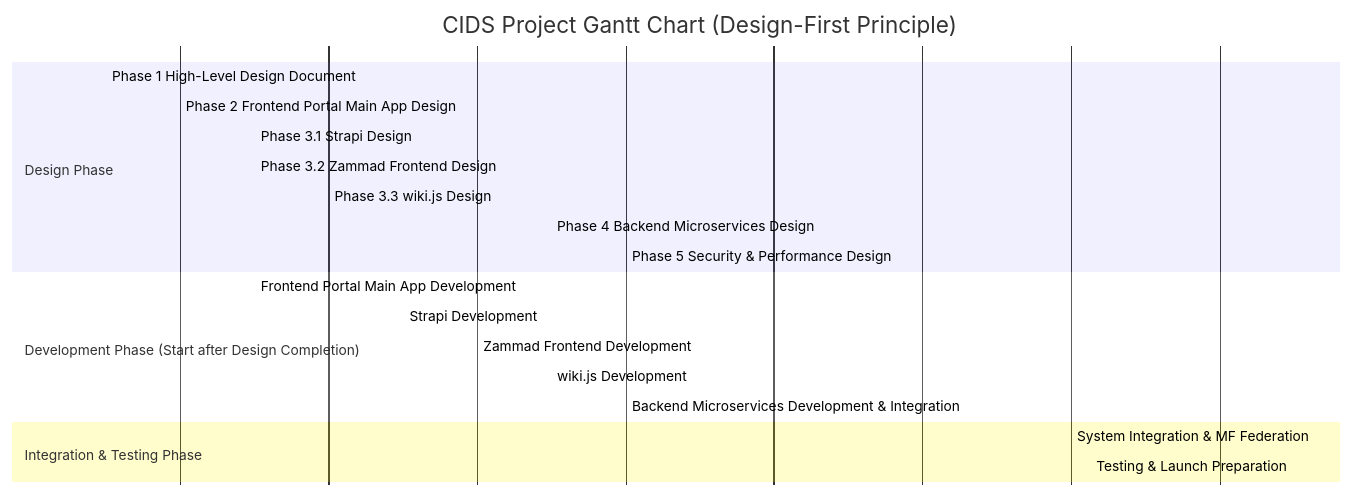
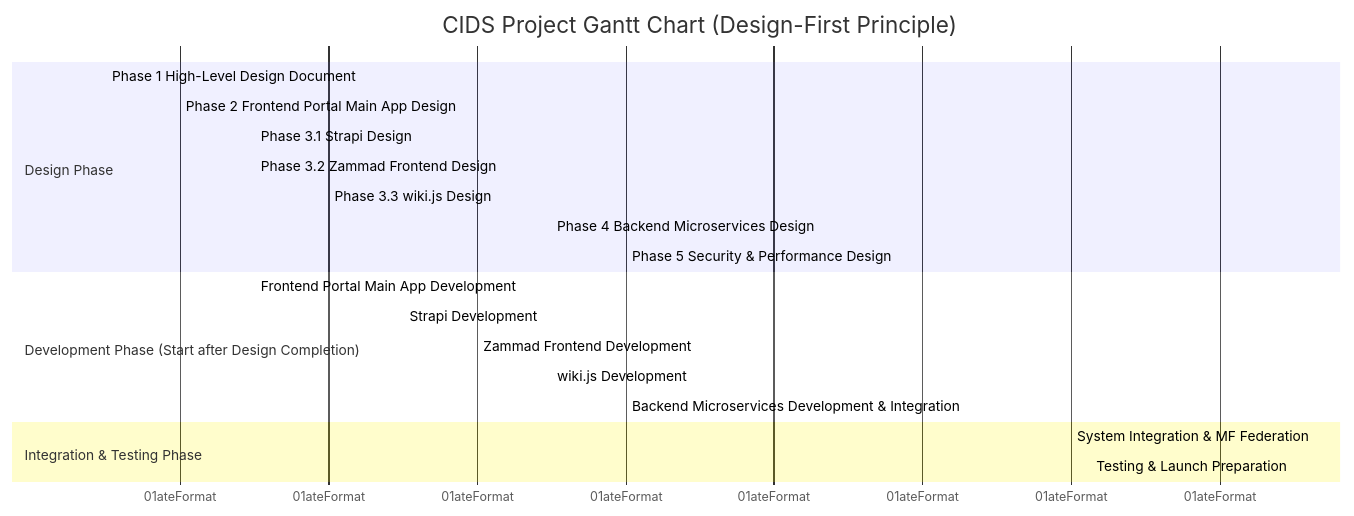
One commit to duofangxiangcai/iodraw-files changed the diagram in all/未命名.md. Above: the diagram before and after it, drawn with Mermaid.

Commit message:
2025-12-09 17:16:19 update

````diff
--- a/all/未命名.md
+++ b/all/未命名.md
@@ -1,28 +1,28 @@
 ```mermaid
 gantt
     title CIDS Project Gantt Chart (Design-First Principle)
     dateFormat  X
-    axisFormat %
+    axisFormat %dateFormat
     tickInterval 1
 
     section Design Phase
         Phase 1 High-Level Design Document       :done,    des1, 1, 1       % Week1 (1 week)
         Phase 2 Frontend Portal Main App Design :done,    des2, 2, 2       % Week2 (1 week)
         Phase 3.1 Strapi Design                 :active,  des31, 3, 4     % Week3-4 (2 weeks)
         Phase 3.2 Zammad Frontend Design        :         des32, 3, 5     % Week3-5 (3 weeks)
         Phase 3.3 wiki.js Design                :         des33, 4, 6     % Week4-6 (3 weeks)
         Phase 4 Backend Microservices Design    :         des4, 7, 7     % Week7 (1 week)
         Phase 5 Security & Performance Design   :         des5, 8, 8     % Week8 (1 week)
 
     section Development Phase (Start after Design Completion)
         Frontend Portal Main App Development     :         dev1, 3, 7     % Starts after Phase2 design → Week3-7 (5 weeks)
         Strapi Development                        :         dev2, 5, 9     % Starts after Phase3.1 design → Week5-9 (5 weeks)
         Zammad Frontend Development               :         dev3, 6, 10    % Starts after Phase3.2 design → Week6-10 (5 weeks)
         wiki.js Development                        :         dev4, 7, 11    % Starts after Phase3.3 design → Week7-11 (5 weeks)
         Backend Microservices Development & Integration : dev5, 8, 13 % Starts after Phase4 design → Week8-13 (6 weeks)
 
     section Integration & Testing Phase
         System Integration & MF Federation       :         int1, 14, 16    % Week14-16 (3 weeks)
         Testing & Launch Preparation             :         test1, 17, 17   % Week17 (1 week)
 
 ```
````
